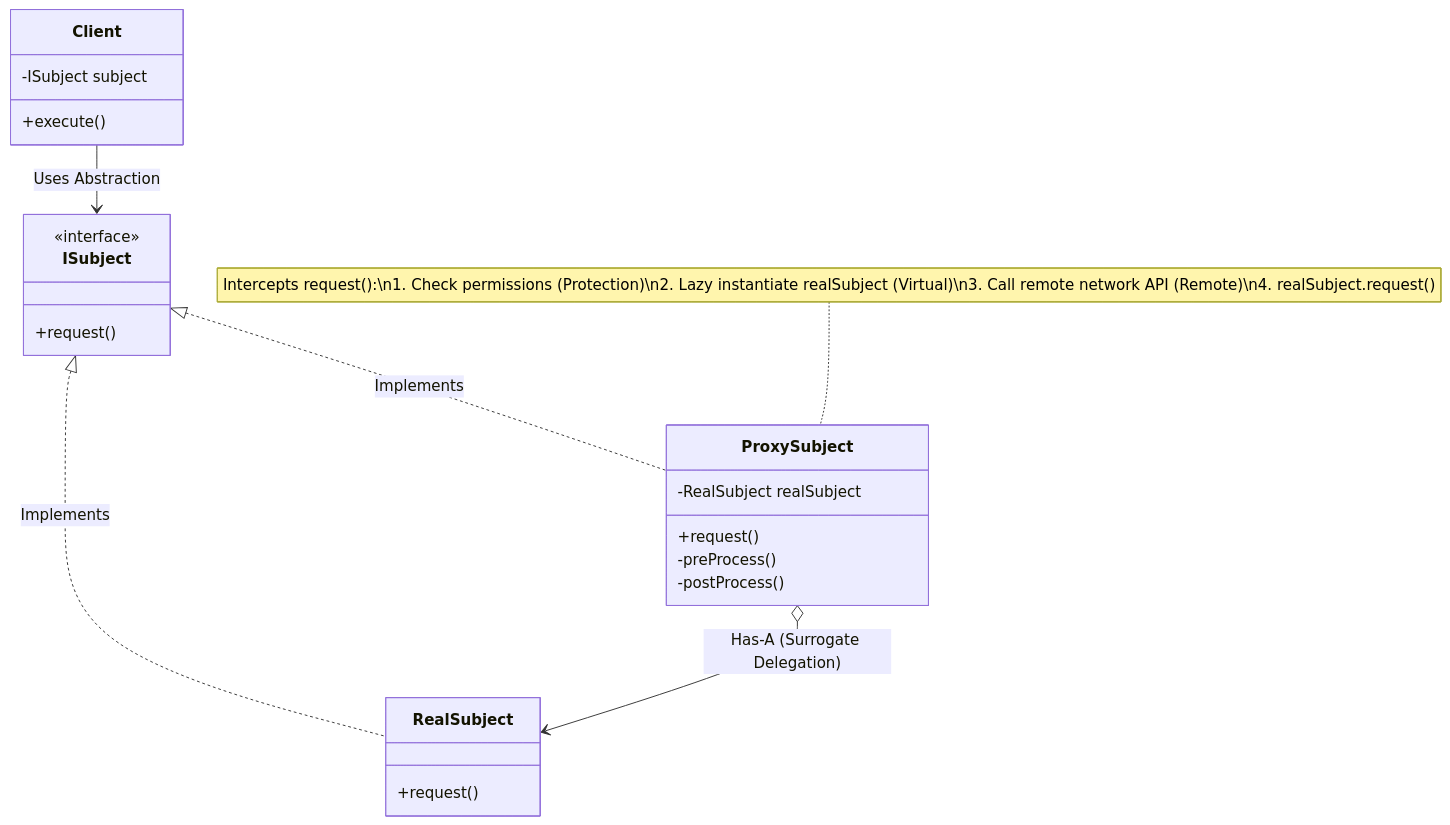
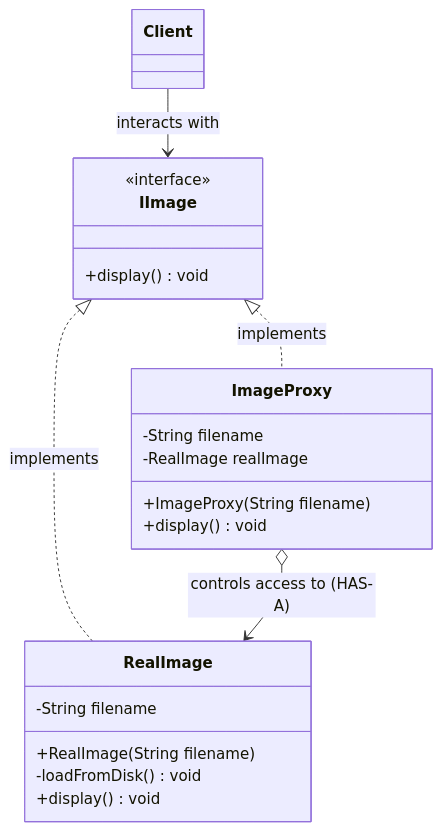
One commit to rohithgowda18/Notes changed the diagram in 04-OOPs-and-Design-Patterns/03-Design-Patterns/21-Proxy-Design-Pattern.md. Above: the diagram before and after it, drawn with Mermaid. The commit also changed other lines of this file and 39 other files, not shown here.

````diff
--- a/04-OOPs-and-Design-Patterns/03-Design-Patterns/21-Proxy-Design-Pattern.md
+++ b/04-OOPs-and-Design-Patterns/03-Design-Patterns/21-Proxy-Design-Pattern.md
@@ -207,30 +77,29 @@
 ```mermaid
 classDiagram
-    class ISubject {
+    class IImage {
         <<interface>>
-        +request()
+        +display() void
     }
 
-    class RealSubject {
-        +request()
+    class RealImage {
+        -String filename
+        +RealImage(String filename)
+        -loadFromDisk() void
+        +display() void
     }
 
-    class ProxySubject {
-        -RealSubject realSubject
-        +request()
-        -preProcess()
-        -postProcess()
+    class ImageProxy {
+        -String filename
+        -RealImage realImage
+        +ImageProxy(String filename)
+        +display() void
     }
 
     class Client {
-        -ISubject subject
-        +execute()
     }
 
-    ISubject <|.. RealSubject : Implements
-    ISubject <|.. ProxySubject : Implements
-    ProxySubject o--> RealSubject : Has-A (Surrogate Delegation)
-    Client --> ISubject : Uses Abstraction
-
-    note for ProxySubject "Intercepts request():\n1. Check permissions (Protection)\n2. Lazy instantiate realSubject (Virtual)\n3. Call remote network API (Remote)\n4. realSubject.request()"
+    Client --> IImage : interacts with
+    IImage <|.. RealImage : implements
+    IImage <|.. ImageProxy : implements
+    ImageProxy o--> RealImage : controls access to (HAS-A)
 ```
````
